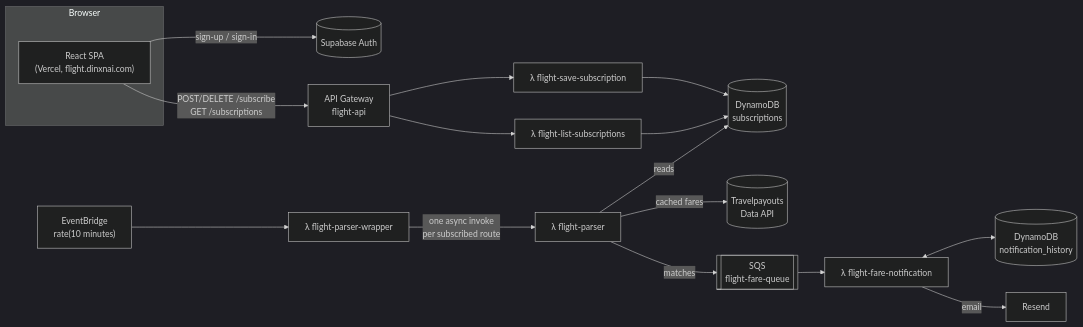
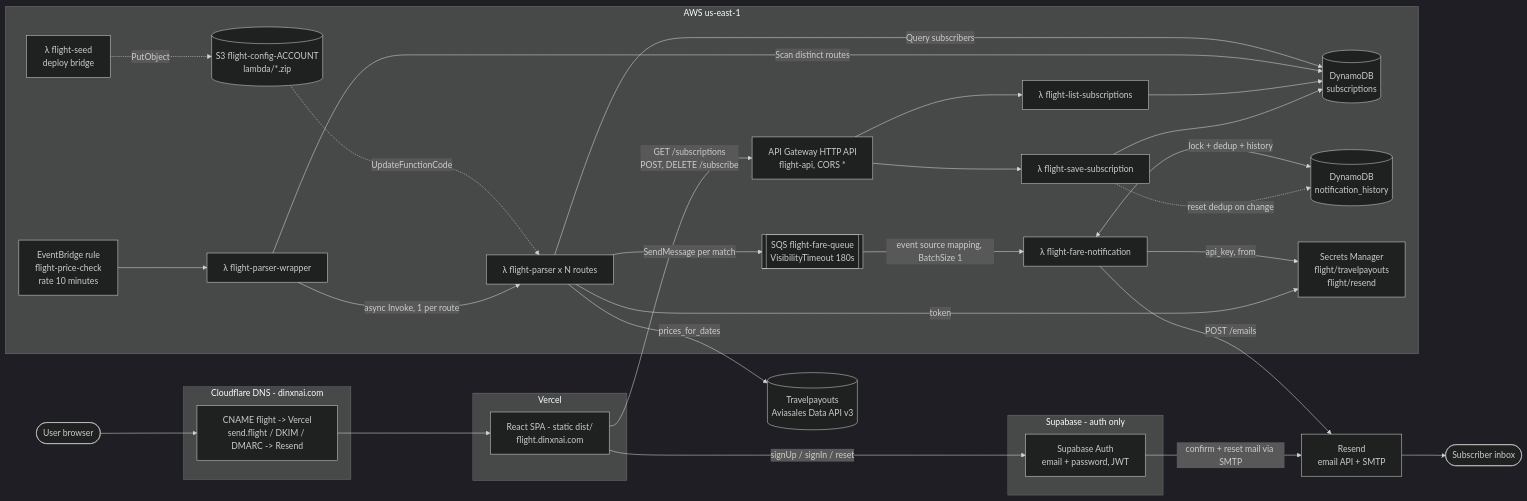
One commit to dingcheng1204/flight-price-notifier changed the first of 6 diagrams in README.md. Above: the diagram before and after it, drawn with Mermaid (dark theme). The commit also changed other lines of this file and 1 other file, not shown here.

First line of the commit message:
Docs: detailed architecture diagrams and project review

````diff
--- a/README.md
+++ b/README.md
@@ -23,21 +27,56 @@
 ```mermaid
 flowchart LR
-  subgraph Browser
-    SPA["React SPA<br/>(Vercel, flight.dinxnai.com)"]
+  user(["User browser"])
+
+  subgraph CF["Cloudflare DNS - dinxnai.com"]
+    dns["CNAME flight -> Vercel<br/>send.flight / DKIM / DMARC -> Resend"]
   end
-  SPA -- sign-up / sign-in --> SB[(Supabase Auth)]
-  SPA -- "POST/DELETE /subscribe<br/>GET /subscriptions" --> API[API Gateway<br/>flight-api]
-  API --> SAVE[λ flight-save-subscription]
-  API --> LIST[λ flight-list-subscriptions]
-  SAVE --> SUBS[(DynamoDB<br/>subscriptions)]
-  LIST --> SUBS
 
-  EB["EventBridge<br/>rate(10 minutes)"] --> WRAP[λ flight-parser-wrapper]
-  WRAP -- "one async invoke<br/>per subscribed route" --> PARSER[λ flight-parser]
-  PARSER -- reads --> SUBS
-  PARSER -- cached fares --> TP[(Travelpayouts<br/>Data API)]
-  PARSER -- matches --> Q[[SQS<br/>flight-fare-queue]]
-  Q --> NOTIFY[λ flight-fare-notification]
-  NOTIFY <--> HIST[(DynamoDB<br/>notification_history)]
-  NOTIFY -- email --> RS[Resend]
+  subgraph VERCEL["Vercel"]
+    spa["React SPA - static dist/<br/>flight.dinxnai.com"]
+  end
+
+  subgraph SUPA["Supabase - auth only"]
+    auth["Supabase Auth<br/>email + password, JWT"]
+  end
+
+  subgraph AWS["AWS us-east-1"]
+    api["API Gateway HTTP API<br/>flight-api, CORS *"]
+    save["λ flight-save-subscription"]
+    list["λ flight-list-subscriptions"]
+    subs[("DynamoDB<br/>subscriptions")]
+    eb["EventBridge rule<br/>flight-price-check<br/>rate 10 minutes"]
+    wrap["λ flight-parser-wrapper"]
+    parser["λ flight-parser x N routes"]
+    q[["SQS flight-fare-queue<br/>VisibilityTimeout 180s"]]
+    notify["λ flight-fare-notification"]
+    hist[("DynamoDB<br/>notification_history")]
+    sm["Secrets Manager<br/>flight/travelpayouts<br/>flight/resend"]
+    s3[("S3 flight-config-ACCOUNT<br/>lambda/*.zip")]
+    seed["λ flight-seed<br/>deploy bridge"]
+  end
+
+  tp[("Travelpayouts<br/>Aviasales Data API v3")]
+  resend["Resend<br/>email API + SMTP"]
+  inbox(["Subscriber inbox"])
+
+  user --> dns --> spa
+  spa -- "signUp / signIn / reset" --> auth
+  auth -- "confirm + reset mail via SMTP" --> resend
+  spa -- "GET /subscriptions<br/>POST, DELETE /subscribe" --> api
+  api --> save --> subs
+  api --> list --> subs
+  save -. "reset dedup on change" .-> hist
+  eb --> wrap -- "Scan distinct routes" --> subs
+  wrap -- "async Invoke, 1 per route" --> parser
+  parser -- "Query subscribers" --> subs
+  parser -- "token" --> sm
+  parser -- "prices_for_dates" --> tp
+  parser -- "SendMessage per match" --> q
+  q -- "event source mapping, BatchSize 1" --> notify
+  notify <-- "lock + dedup + history" --> hist
+  notify -- "api_key, from" --> sm
+  notify -- "POST /emails" --> resend --> inbox
+  seed -. "PutObject" .-> s3
+  s3 -. "UpdateFunctionCode" .-> parser
 ```
````
